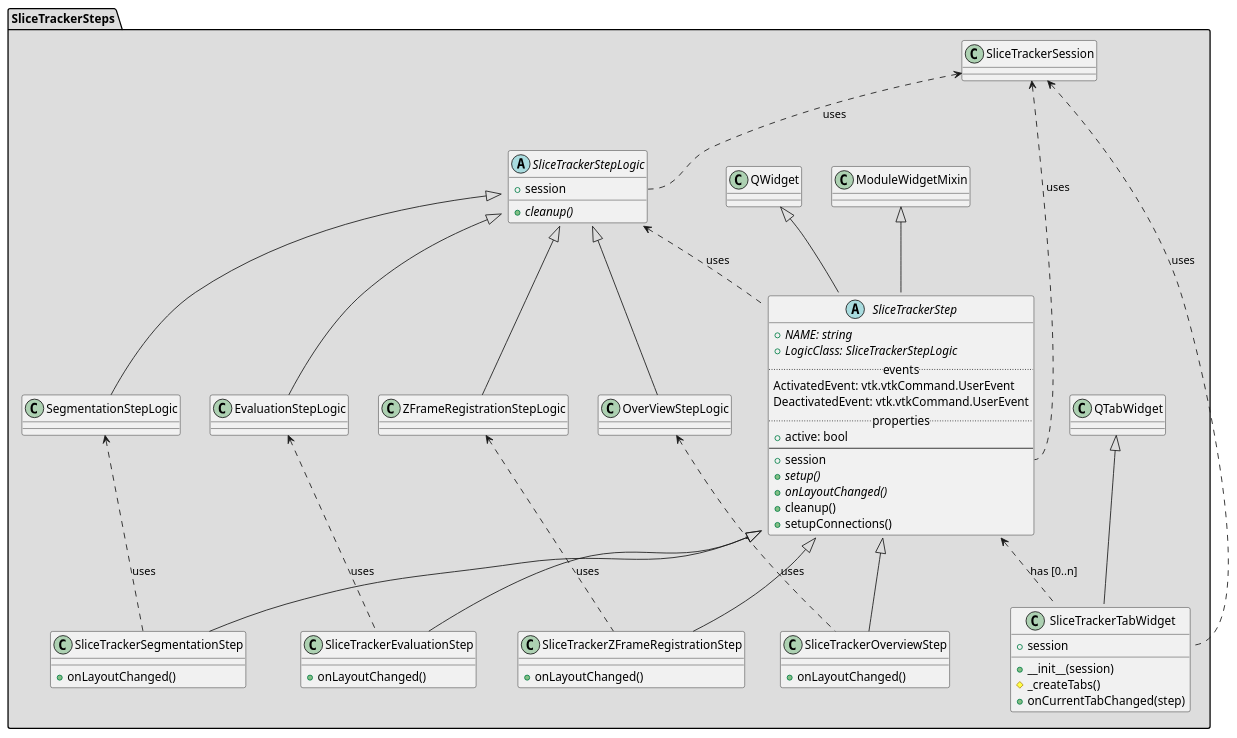
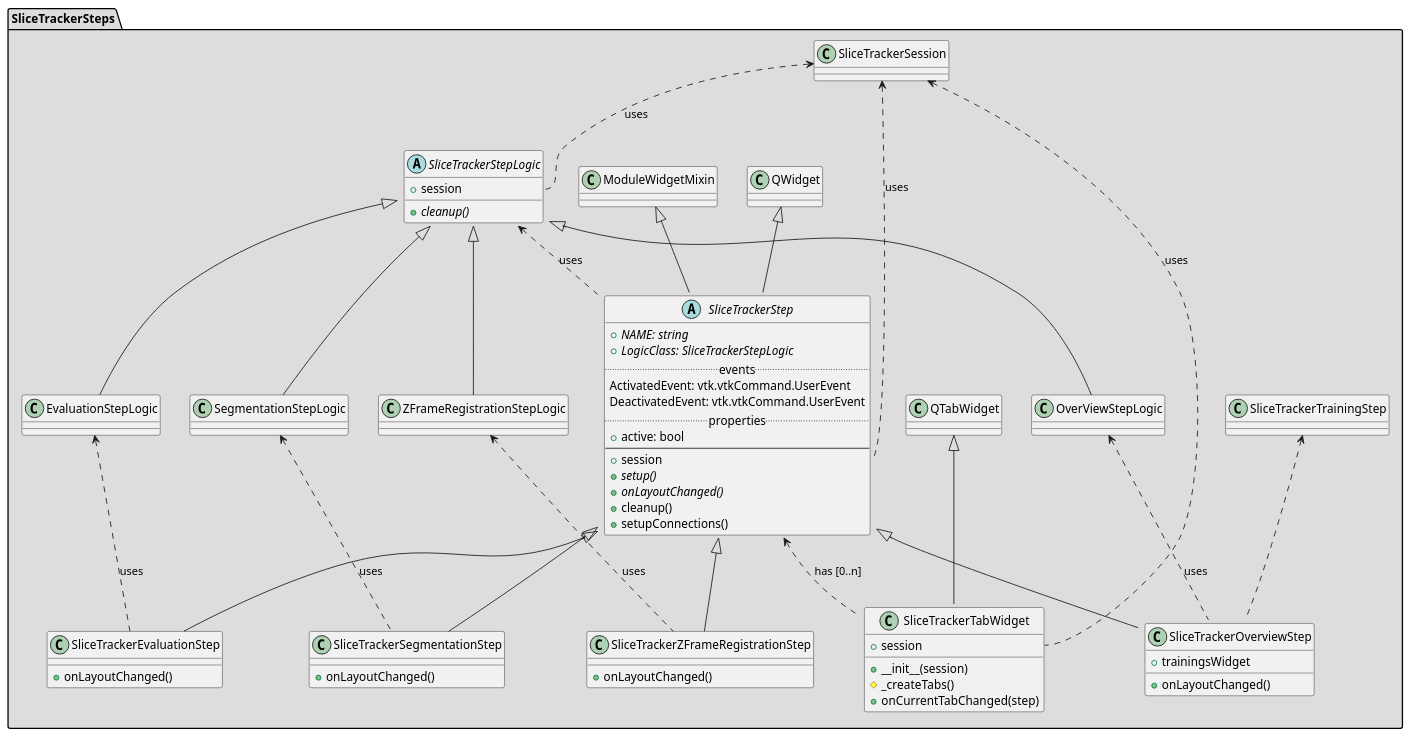
Before and after one commit to SlicerProstate/SliceTracker: the diagram in puml/SliceTrackerSteps.puml, drawn with PlantUML. The commit also changed 10 other files, not shown here.

```diff
--- a/puml/SliceTrackerSteps.puml
+++ b/puml/SliceTrackerSteps.puml
@@ -1,88 +1,95 @@
 @startuml
 
 package "SliceTrackerSteps" #DDDDDD {
 
 
   QTabWidget <|-- SliceTrackerTabWidget
   SliceTrackerStep <.. SliceTrackerTabWidget::steps: has [0..n]
 
   class SliceTrackerTabWidget {
     + session
     + __init__(session)
     # _createTabs()
     + onCurrentTabChanged(step)
   }
 
   ModuleWidgetMixin <|-- SliceTrackerStep
   QWidget <|-- SliceTrackerStep
 
   abstract class SliceTrackerStep {
     + {abstract} NAME: string
     + {abstract} LogicClass: SliceTrackerStepLogic
     .. events ..
     ActivatedEvent: vtk.vtkCommand.UserEvent
     DeactivatedEvent: vtk.vtkCommand.UserEvent
     .. properties ..
     + active: bool
     --
     + session
     + {abstract} setup()
     + {abstract} onLayoutChanged()
     + cleanup()
     + setupConnections()
   }
 
   abstract class SliceTrackerStepLogic {
     + session
     + {abstract} cleanup()
   }
 
   class SliceTrackerOverviewStep {
     + onLayoutChanged()
+    + trainingsWidget
   }
+
+  class SliceTrackerTrainingStep {
+  }
+
+  SliceTrackerTrainingStep <.. SliceTrackerOverviewStep::traningsWidget
+
 
   class SliceTrackerSegmentationStep {
     + onLayoutChanged()
   }
 
   class SliceTrackerZFrameRegistrationStep {
     + onLayoutChanged()
   }
 
   class SliceTrackerEvaluationStep {
     + onLayoutChanged()
   }
 
 
   'SliceTrackerSession "0" --> "*" SliceTrackerStep
 
   'class OverViewStepLogic
   'class SegmentationStepLogic
   'class ZFrameRegistrationStepLogic
   'class EvaluationStepLogic
   '
   SliceTrackerStepLogic <|-- OverViewStepLogic
   SliceTrackerStepLogic <|-- SegmentationStepLogic
   SliceTrackerStepLogic <|-- ZFrameRegistrationStepLogic
   SliceTrackerStepLogic <|-- EvaluationStepLogic
 
   SliceTrackerStep <|-- SliceTrackerOverviewStep
   SliceTrackerStep <|-- SliceTrackerSegmentationStep
   SliceTrackerStep <|-- SliceTrackerZFrameRegistrationStep
   SliceTrackerStep <|-- SliceTrackerEvaluationStep
 
   OverViewStepLogic <.. SliceTrackerOverviewStep: uses
   SegmentationStepLogic <.. SliceTrackerSegmentationStep: uses
   ZFrameRegistrationStepLogic <.. SliceTrackerZFrameRegistrationStep: uses
   EvaluationStepLogic <.. SliceTrackerEvaluationStep: uses
 
   SliceTrackerStepLogic <.. SliceTrackerStep : uses
 
   SliceTrackerSession <.. SliceTrackerStep::session : uses
   SliceTrackerSession <.. SliceTrackerStepLogic::session: uses
   SliceTrackerSession <.. SliceTrackerTabWidget::session: uses
 }
 
 
 
 @enduml
```
